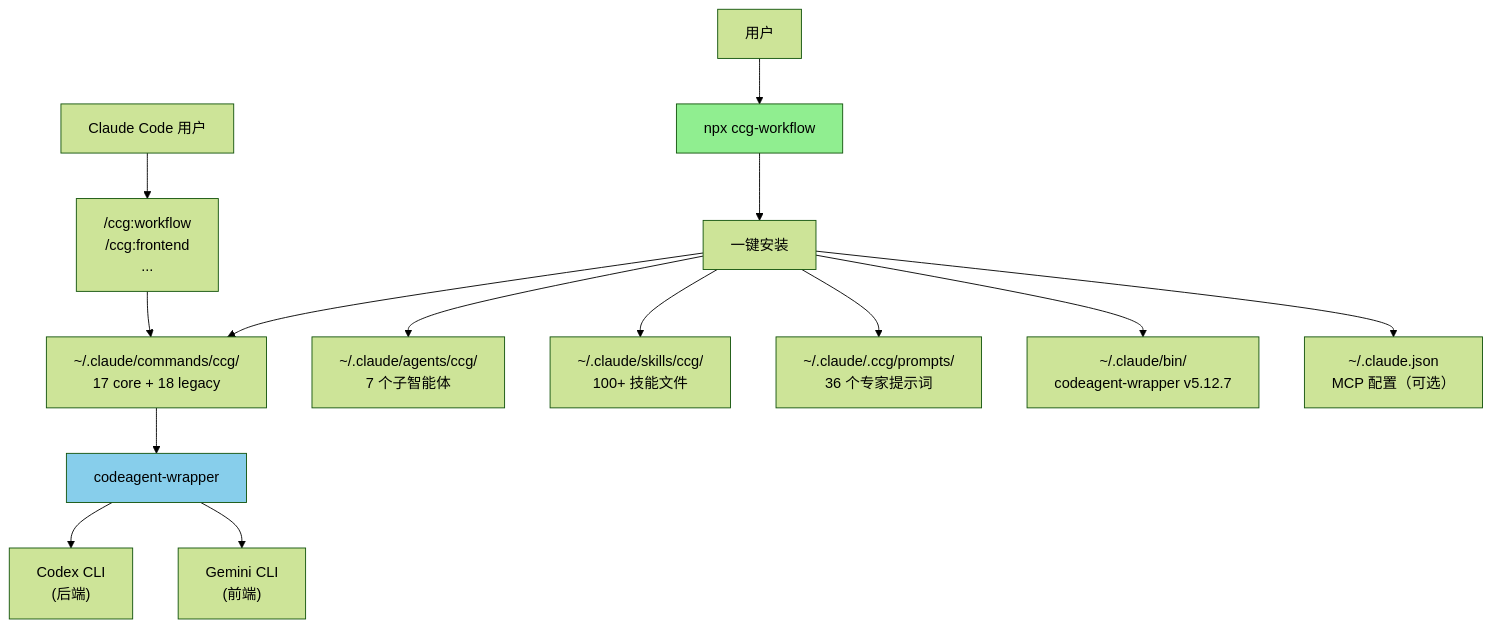
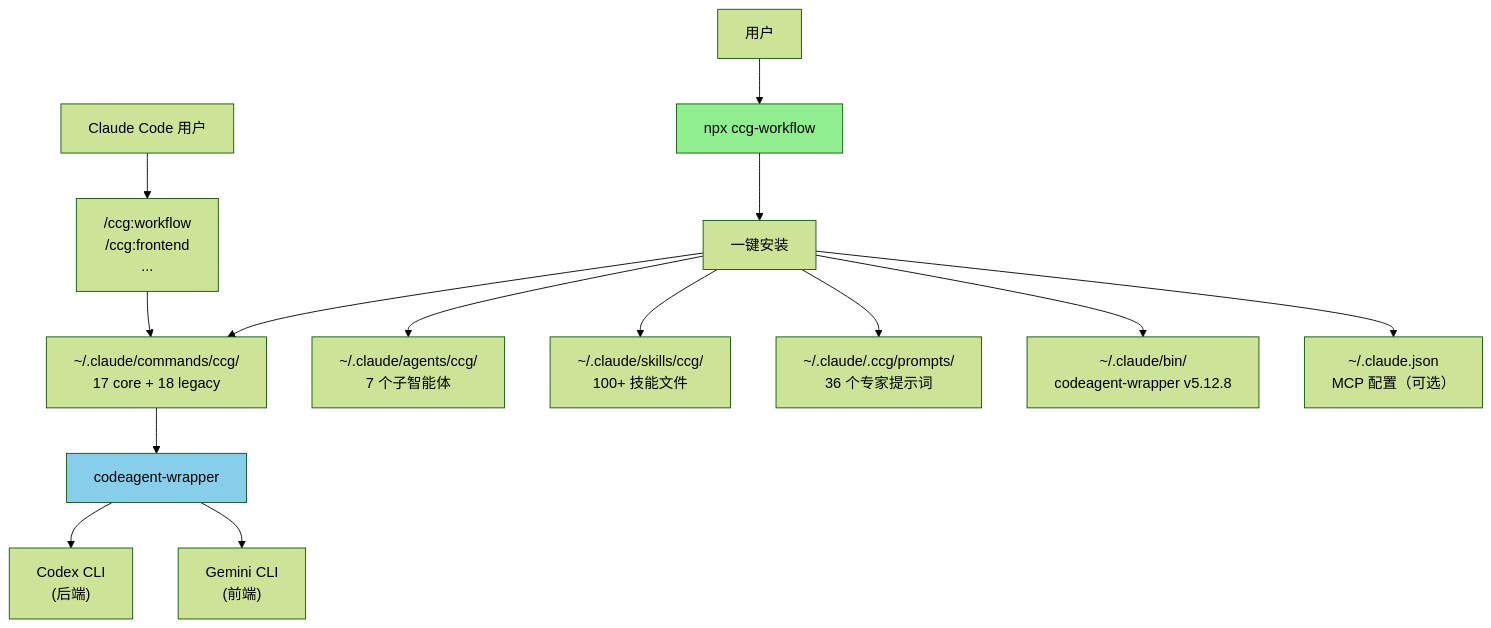
One commit to jed-zed/ccg-gptpro-worflow changed the diagram in CLAUDE.md. Above: the diagram before and after it, drawn with Mermaid (forest theme). The commit also changed other lines of this file and 36 other files, not shown here.

````diff
--- a/CLAUDE.md
+++ b/CLAUDE.md
@@ -695,22 +696,22 @@
 ```mermaid
 graph TD
     User["用户"] --> CLI["npx ccg-workflow"]
     CLI --> Init["一键安装"]
 
     Init --> Commands["~/.claude/commands/ccg/<br/>17 core + 18 legacy"]
     Init --> Agents["~/.claude/agents/ccg/<br/>7 个子智能体"]
     Init --> Skills["~/.claude/skills/ccg/<br/>100+ 技能文件"]
     Init --> Prompts["~/.claude/.ccg/prompts/<br/>36 个专家提示词"]
-    Init --> Binary["~/.claude/bin/<br/>codeagent-wrapper v5.12.7"]
+    Init --> Binary["~/.claude/bin/<br/>codeagent-wrapper v5.12.8"]
     Init --> MCP["~/.claude.json<br/>MCP 配置（可选）"]
 
     User2["Claude Code 用户"] --> SlashCmd["/ccg:workflow<br/>/ccg:frontend<br/>..."]
     SlashCmd --> Commands
 
     Commands --> Wrapper["codeagent-wrapper"]
     Wrapper --> Codex["Codex CLI<br/>(后端)"]
     Wrapper --> Gemini["Gemini CLI<br/>(前端)"]
 
     style CLI fill:#90EE90
     style Wrapper fill:#87CEEB
 ```
````
